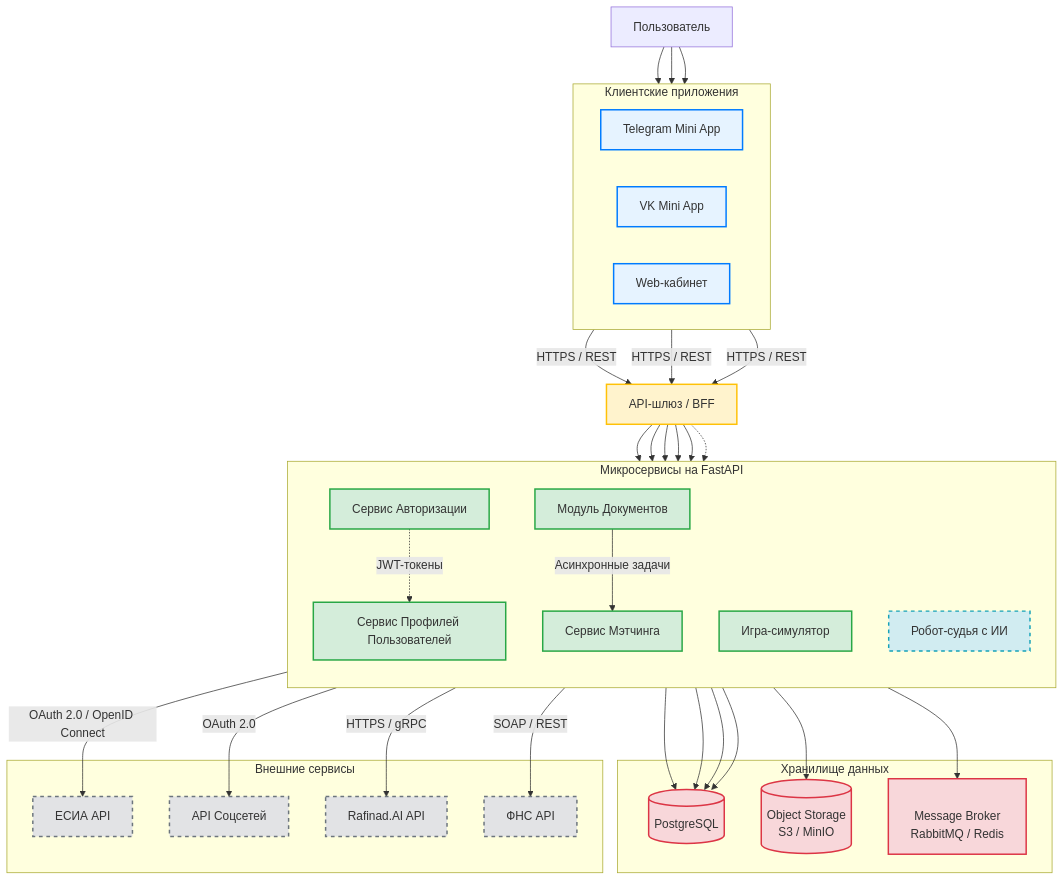
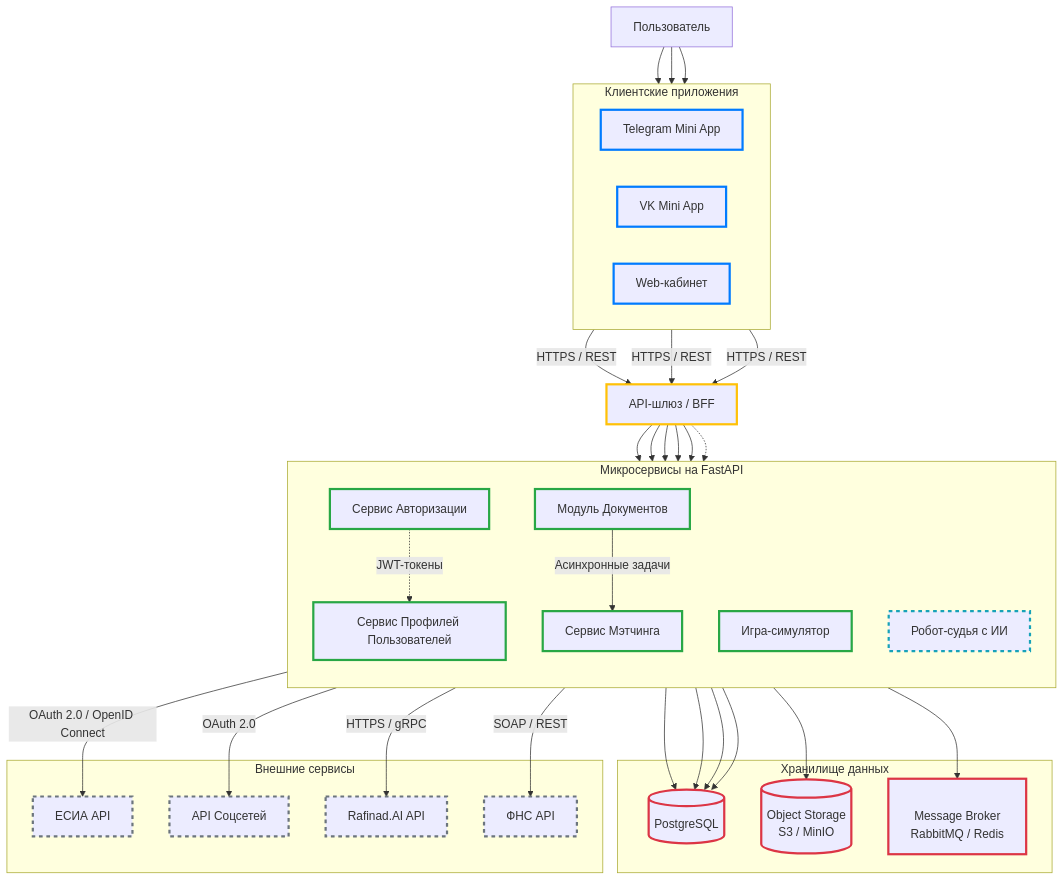
One commit to Exey/task changed the diagram in CTOtask.md. Above: the diagram before and after it, drawn with Mermaid.

Commit message:
better styles

````diff
--- a/CTOtask.md
+++ b/CTOtask.md
@@ -22,12 +22,12 @@
 ```mermaid
 
 graph TD
-    classDef frontend fill:#e6f3ff,stroke:#007bff,stroke-width:2px;
-    classDef gateway fill:#fff3cd,stroke:#ffc107,stroke-width:2px;
-    classDef service fill:#d4edda,stroke:#28a745,stroke-width:2px;
-    classDef data fill:#f8d7da,stroke:#dc3545,stroke-width:2px;
-    classDef external fill:#e2e3e5,stroke:#6c757d,stroke-width:2px,stroke-dasharray: 5 5;
-    classDef future fill:#d1ecf1,stroke:#17a2b8,stroke-width:2px,stroke-dasharray: 5 5;
+    classDef frontend stroke:#007bff,stroke-width:3px;
+    classDef gateway stroke:#ffc107,stroke-width:3px;
+    classDef service stroke:#28a745,stroke-width:3px;
+    classDef data stroke:#dc3545,stroke-width:3px;
+    classDef external stroke:#6c757d,stroke-width:3px,stroke-dasharray: 5 5;
+    classDef future stroke:#17a2b8,stroke-width:3px,stroke-dasharray: 5 5;
     %% Пользователи и фронтенды
     User[Пользователь]
     subgraph Frontends [Клиентские приложения]
````
